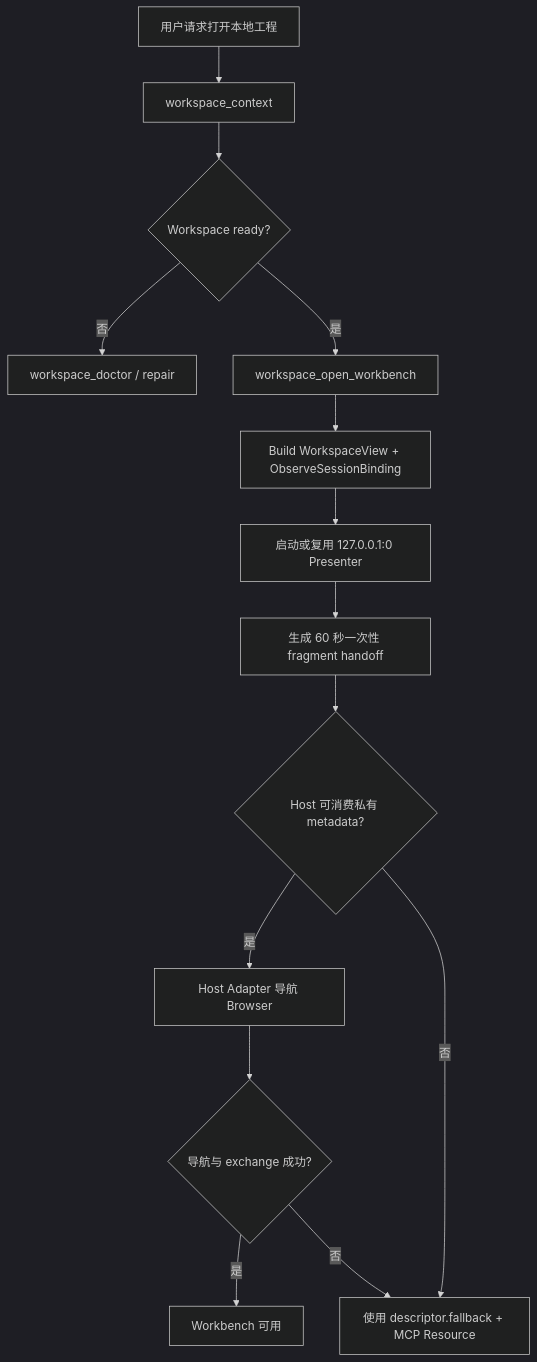
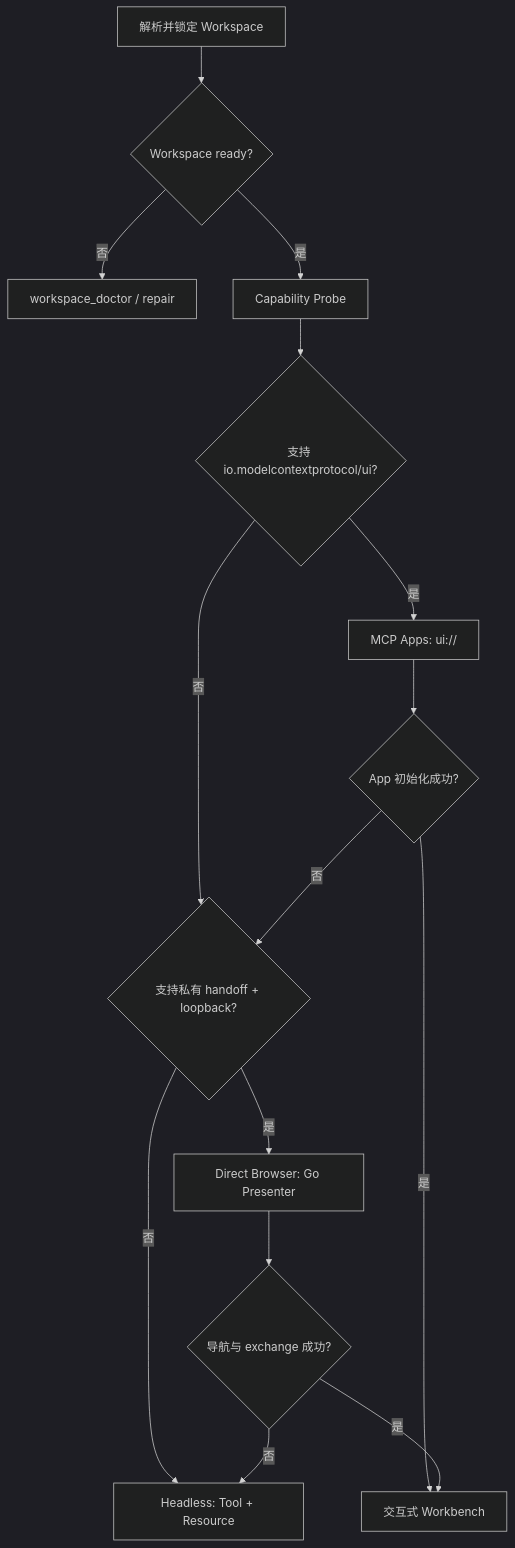
One commit to limecloud/contentcloud changed the third of 18 diagrams in docs/product/customer-creation-studio/05-local-workbench-browser.md. Above: the diagram before and after it, drawn with Mermaid (dark theme). The commit also changed other lines of this file and 126 other files, not shown here.

````diff
--- a/docs/product/customer-creation-studio/05-local-workbench-browser.md
+++ b/docs/product/customer-creation-studio/05-local-workbench-browser.md
@@ -176,16 +223,17 @@
 ```mermaid
 flowchart TD
-    A[用户请求打开本地工程] --> B[workspace_context]
-    B --> C{Workspace ready?}
-    C -->|否| D[workspace_doctor / repair]
-    C -->|是| E[workspace_open_workbench]
-    E --> F[Build WorkspaceView + ObserveSessionBinding]
-    F --> G[启动或复用 127.0.0.1:0 Presenter]
-    G --> H[生成 60 秒一次性 fragment handoff]
-    H --> I{Host 可消费私有 metadata?}
-    I -->|是| J[Host Adapter 导航 Browser]
-    I -->|否| K[使用 descriptor.fallback + MCP Resource]
-    J --> L{导航与 exchange 成功?}
-    L -->|是| M[Workbench 可用]
-    L -->|否| K
+    A[解析并锁定 Workspace] --> B{Workspace ready?}
+    B -->|否| C[workspace_doctor / repair]
+    B -->|是| D[Capability Probe]
+    D --> E{支持 io.modelcontextprotocol/ui?}
+    E -->|是| F[MCP Apps: ui://]
+    E -->|否| G{支持私有 handoff + loopback?}
+    G -->|是| H[Direct Browser: Go Presenter]
+    G -->|否| I[Headless: Tool + Resource]
+    F --> J{App 初始化成功?}
+    H --> K{导航与 exchange 成功?}
+    J -->|否| G
+    K -->|否| I
+    J -->|是| L[交互式 Workbench]
+    K -->|是| L
 ```
````
